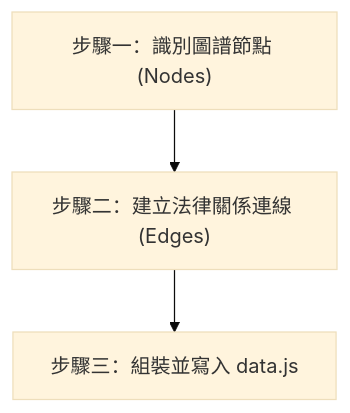
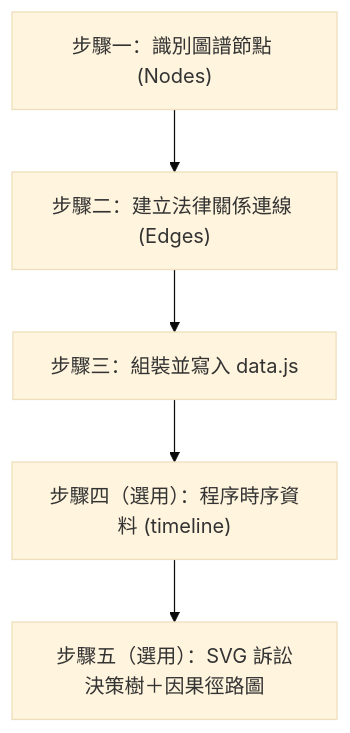
Before and after one commit to kevintsai1202/law-powers: the diagram in skills/legal-graph/SKILL.md, drawn with Mermaid (base theme). The commit also changed other lines of this file and 4 other files, not shown here.

First line of the commit message:
feat(legal-graph): SVG 訴訟決策樹＋因果關係徑路圖（步驟五）

````diff
--- a/skills/legal-graph/SKILL.md
+++ b/skills/legal-graph/SKILL.md
@@ -27,9 +27,13 @@
 ```mermaid
 graph TD
     Step1["步驟一：識別圖譜節點 (Nodes)"]
     Step2["步驟二：建立法律關係連線 (Edges)"]
     Step3["步驟三：組裝並寫入 data.js"]
+    Step4["步驟四（選用）：程序時序資料 (timeline)"]
+    Step5["步驟五（選用）：SVG 訴訟決策樹＋因果徑路圖"]
 
     Step1 --> Step2
     Step2 --> Step3
+    Step3 --> Step4
+    Step4 --> Step5
 ```
````
